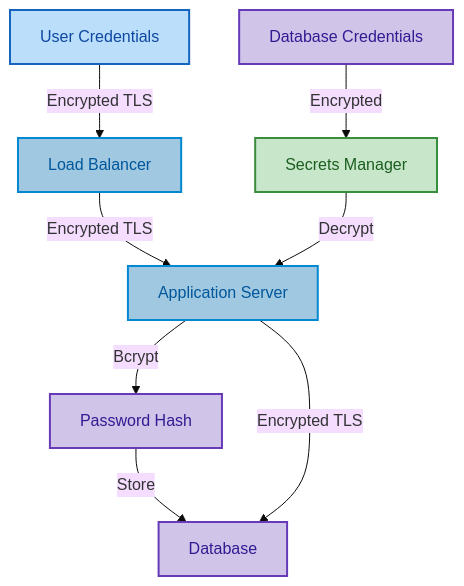
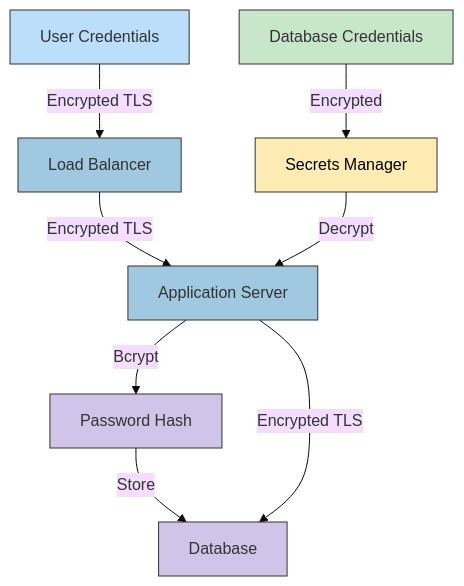
The eighth of 9 diagrams in SECURITY_ARCHITECTURE.md (Hack23/cia), drawn with Mermaid (base theme) before and after one commit. The commit also changed other lines of this file, not shown here.

````diff
--- a/SECURITY_ARCHITECTURE.md
+++ b/SECURITY_ARCHITECTURE.md
@@ -741,23 +935,19 @@
 ```mermaid
 graph TD
-    %% Node styling classes
-    classDef userNode fill:#bbdefb,stroke:#1565c0,stroke-width:2px,color:#0d47a1
-    classDef appNode fill:#a0c8e0,stroke:#0288d1,stroke-width:2px,color:#01579b
-    classDef dataNode fill:#d1c4e9,stroke:#673ab7,stroke-width:2px,color:#311b92
-    classDef encryptNode fill:#c8e6c9,stroke:#388e3c,stroke-width:2px,color:#1b5e20
-    
     A[User Credentials] -->|Encrypted TLS| B[Load Balancer]
     B -->|Encrypted TLS| C[Application Server]
     C -->|Bcrypt| D[Password Hash]
     D -->|Store| E[Database]
     
     F[Database Credentials] -->|Encrypted| G[Secrets Manager]
     G -->|Decrypt| C
     C -->|Encrypted TLS| E
     
-    %% Apply styling classes
-    class A userNode
-    class B,C appNode
-    class D,E,F dataNode
-    class G encryptNode
+    style A fill:#bbdefb,stroke:#333,stroke-width:1px
+    style B fill:#a0c8e0,stroke:#333,stroke-width:1px
+    style C fill:#a0c8e0,stroke:#333,stroke-width:1px
+    style D fill:#d1c4e9,stroke:#333,stroke-width:1px
+    style E fill:#d1c4e9,stroke:#333,stroke-width:1px
+    style F fill:#c8e6c9,stroke:#333,stroke-width:1px
+    style G fill:#ffecb3,stroke:#333,stroke-width:1px,color:black
 ```
````
